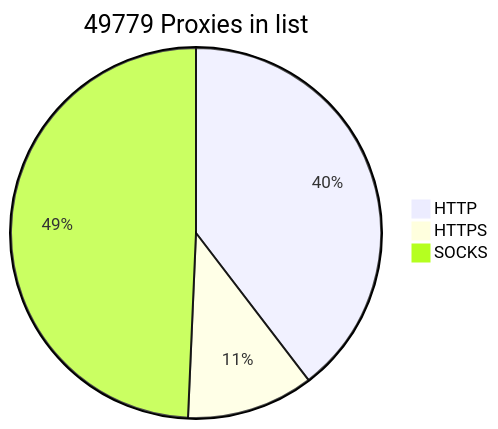
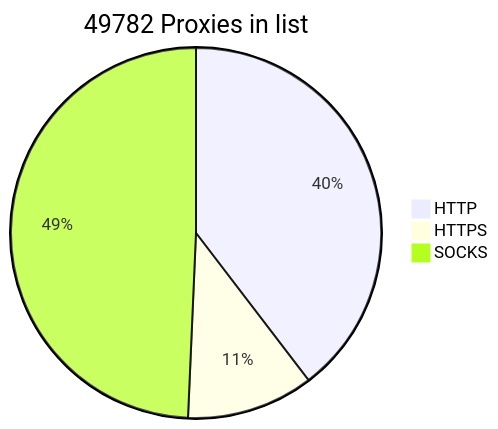
Before and after one commit to BlackSnowDot/proxylist-update-every-minute: the diagram in README.md, drawn with Mermaid.

````diff
--- a/README.md
+++ b/README.md
@@ -2,6 +2,6 @@
 ```mermaid
-pie title 49779 Proxies in list
-    "HTTP" : 21850
+pie title 49782 Proxies in list
+    "HTTP" : 21852
     "HTTPS": 6113
-    "SOCKS" : 27204
+    "SOCKS" : 27206
 ```
````
